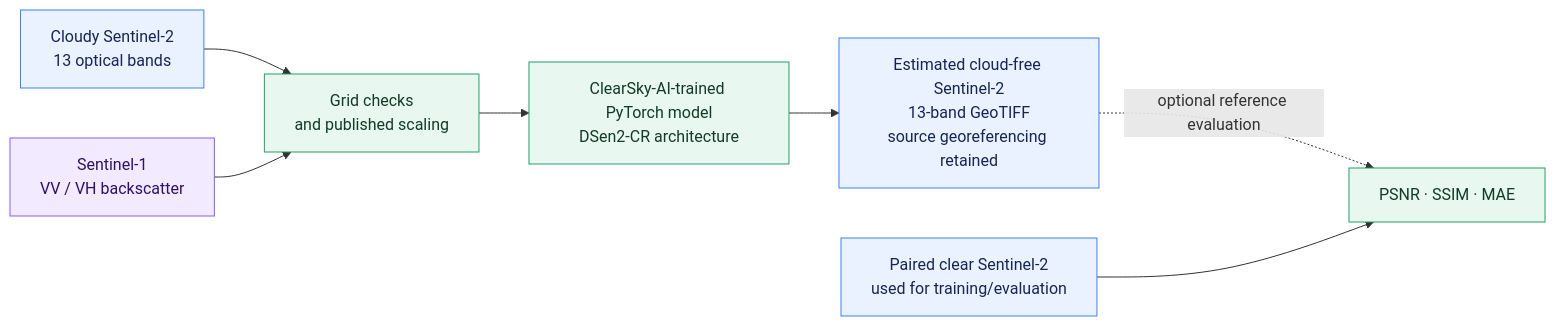
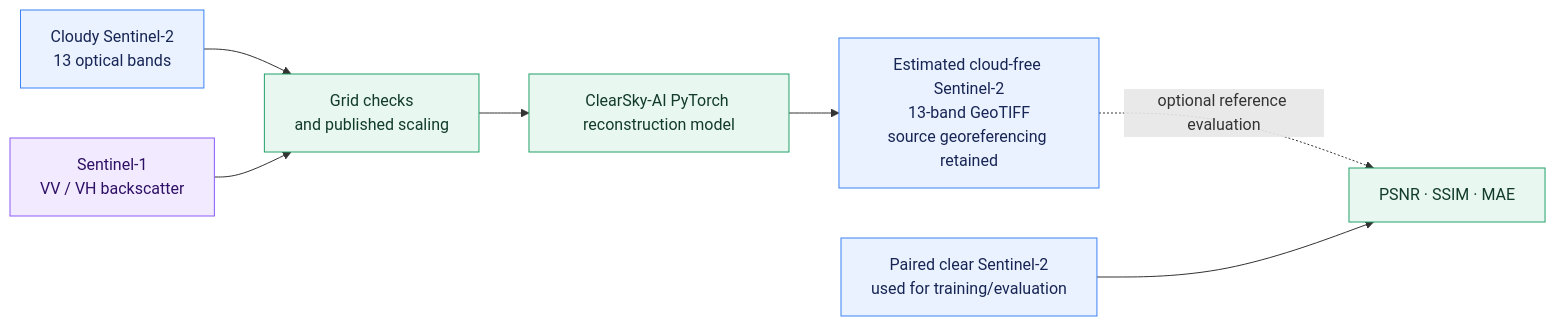
One commit to yuvrajsingh240705-code/Minor-project changed the diagram in README.md. Above: the diagram before and after it, drawn with Mermaid. The commit also changed other lines of this file and 23 other files, not shown here.

````diff
--- a/README.md
+++ b/README.md
@@ -43,16 +42,16 @@
 ```mermaid
 flowchart LR
     S2["Cloudy Sentinel-2<br/>13 optical bands"] --> GRID["Grid checks<br/>and published scaling"]
     S1["Sentinel-1<br/>VV / VH backscatter"] --> GRID
-    GRID --> MODEL["ClearSky-AI-trained PyTorch model<br/>DSen2-CR architecture"]
+    GRID --> MODEL["ClearSky-AI PyTorch reconstruction model"]
     MODEL --> OUT["Estimated cloud-free Sentinel-2<br/>13-band GeoTIFF<br/>source georeferencing retained"]
     OUT -. "optional reference evaluation" .-> METRICS["PSNR · SSIM · MAE"]
     REF["Paired clear Sentinel-2<br/>used for training/evaluation"] --> METRICS
 
     classDef optical fill:#eaf2ff,stroke:#3b82f6,color:#172554
     classDef radar fill:#f2eaff,stroke:#8b5cf6,color:#2e1065
     classDef process fill:#e8f7ef,stroke:#22a06b,color:#123b2a
     class S2,OUT,REF optical
     class S1 radar
     class GRID,MODEL,METRICS process
 ```
````
